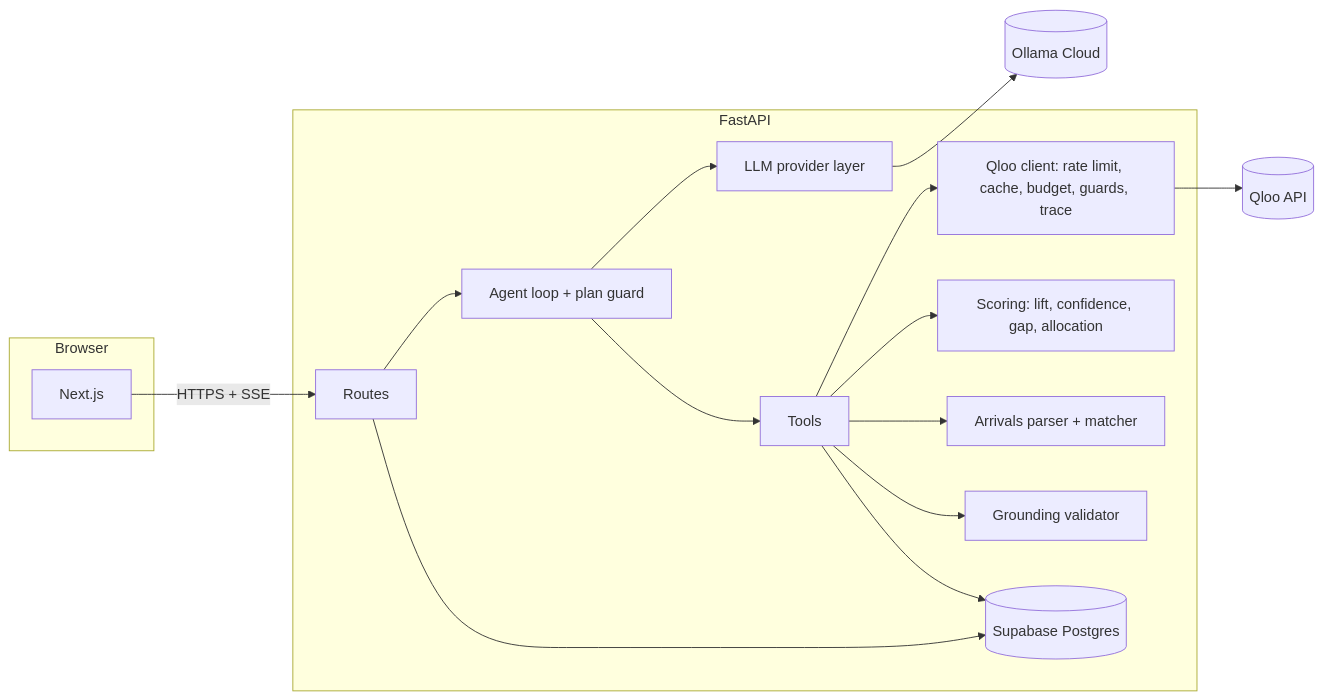
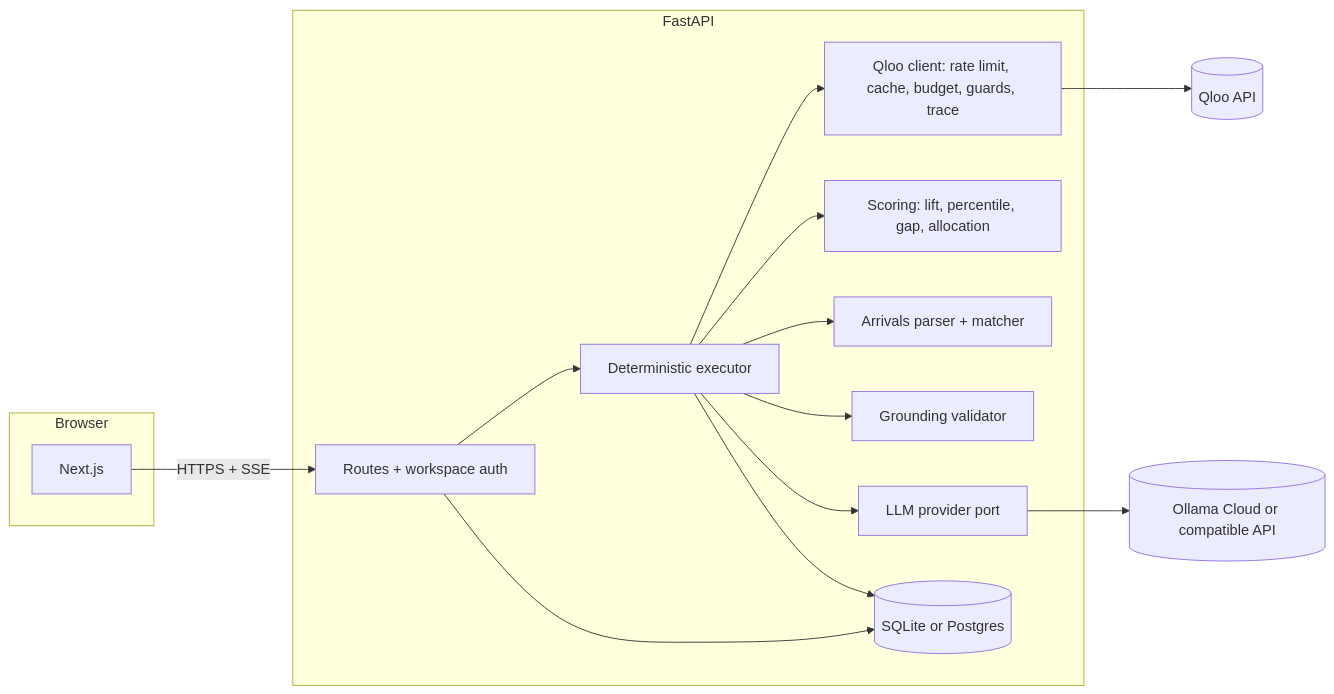
One commit to thenameisomm/tastebound changed the first of 2 diagrams in docs/03-architecture.md. Above: the diagram before and after it, drawn with Mermaid. The commit also changed other lines of this file and 31 other files, not shown here.

````diff
--- a/docs/03-architecture.md
+++ b/docs/03-architecture.md
@@ -50,28 +50,26 @@
 ```mermaid
 flowchart LR
   subgraph Browser
     W[Next.js]
   end
   subgraph API[FastAPI]
-    R[Routes]
-    AG[Agent loop + plan guard]
-    TL[Tools]
+    R[Routes + workspace auth]
+    EX[Deterministic executor]
     QC[Qloo client: rate limit, cache, budget, guards, trace]
-    SC[Scoring: lift, confidence, gap, allocation]
+    SC[Scoring: lift, percentile, gap, allocation]
     AR[Arrivals parser + matcher]
     GR[Grounding validator]
-    LP[LLM provider layer]
-    DB[(Supabase Postgres)]
+    LP[LLM provider port]
+    DB[(SQLite or Postgres)]
   end
   Q[(Qloo API)]
-  O[(Ollama Cloud)]
-  W -- HTTPS + SSE --> R --> AG
-  AG --> LP --> O
-  AG --> TL
-  TL --> QC --> Q
-  TL --> SC
-  TL --> AR
-  TL --> GR
+  O[(Ollama Cloud or compatible API)]
+  W -- HTTPS + SSE --> R --> EX
+  EX --> QC --> Q
+  EX --> SC
+  EX --> AR
+  EX --> GR
+  EX --> LP --> O
   R --> DB
-  TL --> DB
+  EX --> DB
 ```
````
